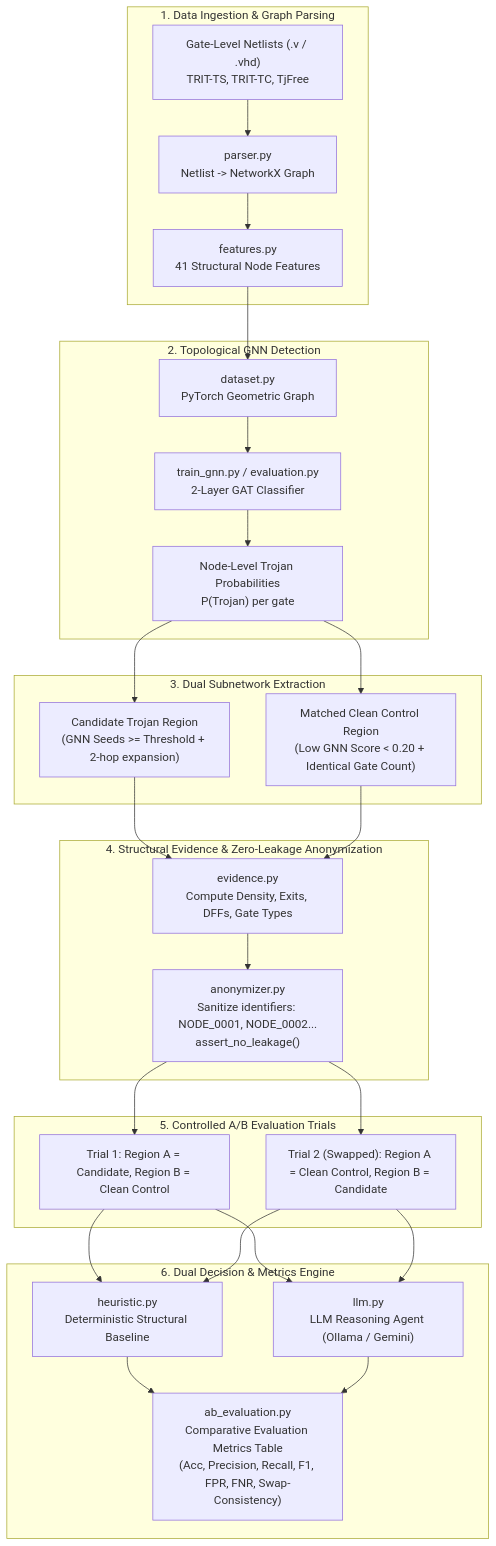
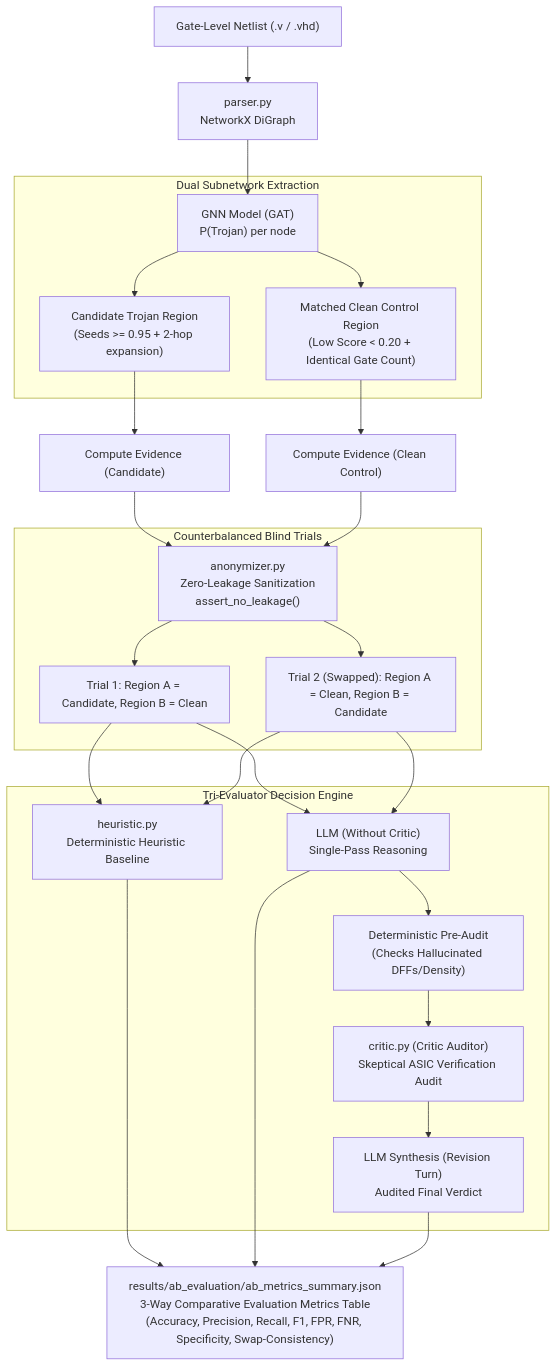
Before and after one commit to Daksh-jain23/Hardware-Trojan-Detection: the second of 2 diagrams in Readme.md, drawn with Mermaid. The commit also changed other lines of this file and 53 other files, not shown here.

Commit message:
critic agent implementation

````diff
--- a/Readme.md
+++ b/Readme.md
@@ -13,50 +41,37 @@
 ```mermaid
 flowchart TD
-    subgraph DataIngestion ["1. Data Ingestion & Graph Parsing"]
-        V["Gate-Level Netlists (.v / .vhd)<br>TRIT-TS, TRIT-TC, TjFree"]
-        PARSER["parser.py<br>Netlist -> NetworkX Graph"]
-        FEAT["features.py<br>41 Structural Node Features"]
-        V --> PARSER --> FEAT
+    Netlist["Gate-Level Netlist (.v / .vhd)"] --> Parser["parser.py<br>NetworkX DiGraph"]
+    Parser --> GNN["GNN Model (GAT)<br>P(Trojan) per node"]
+    
+    subgraph DualRegionExtraction ["Dual Subnetwork Extraction"]
+        GNN --> Cand["Candidate Trojan Region<br>(Seeds >= 0.95 + 2-hop expansion)"]
+        GNN --> Clean["Matched Clean Control Region<br>(Low Score < 0.20 + Identical Gate Count)"]
     end
-
-    subgraph GNNStage ["2. Topological GNN Detection"]
-        PYG["dataset.py<br>PyTorch Geometric Graph"]
-        GNN["train_gnn.py / evaluation.py<br>2-Layer GAT Classifier"]
-        PROBS["Node-Level Trojan Probabilities<br>P(Trojan) per gate"]
-        FEAT --> PYG --> GNN --> PROBS
+    
+    Cand --> EvidCand["Compute Evidence (Candidate)"]
+    Clean --> EvidClean["Compute Evidence (Clean Control)"]
+    
+    EvidCand --> Anon["anonymizer.py<br>Zero-Leakage Sanitization<br>assert_no_leakage()"]
+    EvidClean --> Anon
+    
+    subgraph CounterbalancedTrials ["Counterbalanced Blind Trials"]
+        Anon --> T1["Trial 1: Region A = Candidate, Region B = Clean"]
+        Anon --> T2["Trial 2 (Swapped): Region A = Clean, Region B = Candidate"]
     end
-
-    subgraph SubnetworkExtraction ["3. Dual Subnetwork Extraction"]
-        CAND["Candidate Trojan Region<br>(GNN Seeds >= Threshold + 2-hop expansion)"]
-        CLEAN["Matched Clean Control Region<br>(Low GNN Score < 0.20 + Identical Gate Count)"]
-        PROBS --> CAND
-        PROBS --> CLEAN
+    
+    subgraph TriEvaluator ["Tri-Evaluator Decision Engine"]
+        T1 --> HEUR["heuristic.py<br>Deterministic Heuristic Baseline"]
+        T2 --> HEUR
+        
+        T1 --> ACTOR["LLM (Without Critic)<br>Single-Pass Reasoning"]
+        T2 --> ACTOR
+        
+        ACTOR --> PREAUDIT["Deterministic Pre-Audit<br>(Checks Hallucinated DFFs/Density)"]
+        PREAUDIT --> CRITIC["critic.py (Critic Auditor)<br>Skeptical ASIC Verification Audit"]
+        CRITIC --> REVISE["LLM Synthesis (Revision Turn)<br>Audited Final Verdict"]
     end
-
-    subgraph ZeroLeakageAnonymization ["4. Structural Evidence & Zero-Leakage Anonymization"]
-        EVID["evidence.py<br>Compute Density, Exits, DFFs, Gate Types"]
-        ANON["anonymizer.py<br>Sanitize identifiers: NODE_0001, NODE_0002...<br>assert_no_leakage()"]
-        CAND --> EVID --> ANON
-        CLEAN --> EVID
-    end
-
-    subgraph ABEvalEngine ["5. Controlled A/B Evaluation Trials"]
-        T1["Trial 1: Region A = Candidate, Region B = Clean Control"]
-        T2["Trial 2 (Swapped): Region A = Clean Control, Region B = Candidate"]
-        ANON --> T1
-        ANON --> T2
-    end
-
-    subgraph DualEvaluator ["6. Dual Decision & Metrics Engine"]
-        HEUR["heuristic.py<br>Deterministic Structural Baseline"]
-        LLM["llm.py<br>LLM Reasoning Agent (Ollama / Gemini)"]
-        METRICS["ab_evaluation.py<br>Comparative Evaluation Metrics Table<br>(Acc, Precision, Recall, F1, FPR, FNR, Swap-Consistency)"]
-        
-        T1 --> HEUR
-        T2 --> HEUR
-        T1 --> LLM
-        T2 --> LLM
-        HEUR --> METRICS
-        LLM --> METRICS
-    end
+    
+    HEUR --> METRICS["results/ab_evaluation/ab_metrics_summary.json<br>3-Way Comparative Evaluation Metrics Table<br>(Accuracy, Precision, Recall, F1, FPR, FNR, Specificity, Swap-Consistency)"]
+    ACTOR --> METRICS
+    REVISE --> METRICS
 ```
````
